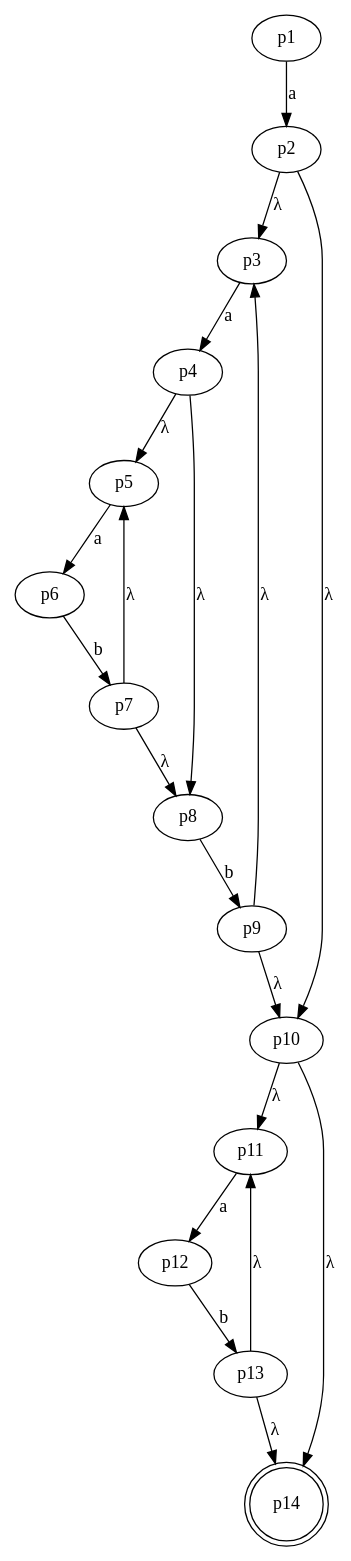
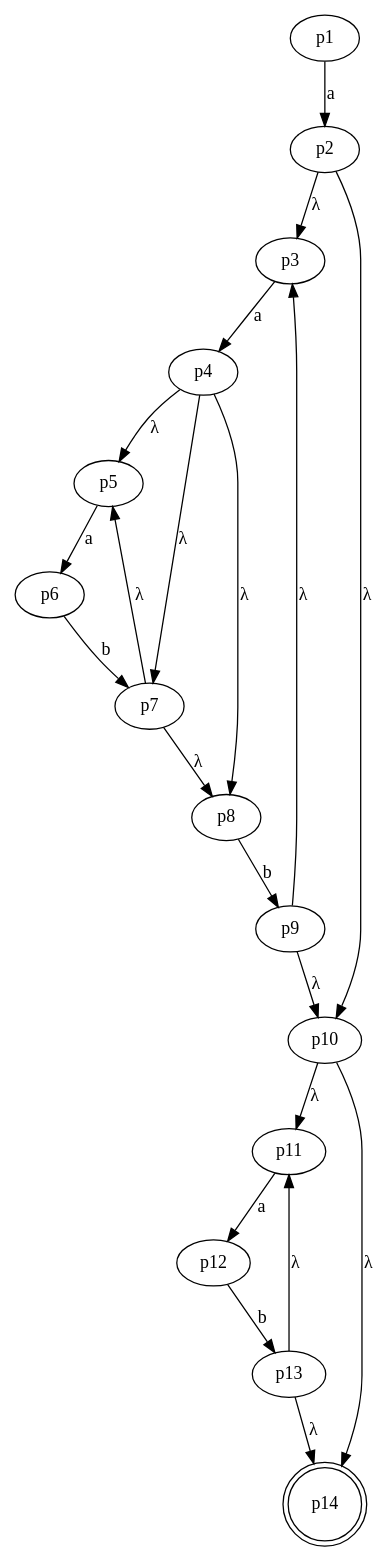
The diagram in Task3/3_2(lambda).gv (NRU-MPEI-IMAI/git-Edmelissa), drawn with Graphviz before and after one commit.

```diff
--- a/Task3/3_2(lambda).gv
+++ b/Task3/3_2(lambda).gv
@@ -1,38 +1,39 @@
 digraph G 
 {
     n1 [label = p1]
     n2 [label = p2]
     n3 [label = p3]
     n4 [label = p4]
     n5 [label = p5]
     n6 [label = p6]
     n7 [label = p7]
     n8 [label = p8]
     n9 [label = p9]
     n10 [label = p10]
     n11 [label = p11]
     n12 [label = p12]
     n13 [label = p13]
     n14 [label = p14, shape = doublecircle]
 
 
     n1 -> n2 [label = "a"]
     n2 -> n3 [label = "λ"]
     n2 -> n10 [label = "λ"]
     n3 -> n4 [label = "a"]
     n4 -> n5 [label = "λ"]
+    n4 -> n7 [label = "λ"]
     n4 -> n8 [label = "λ"]
     n5 -> n6 [label = "a"]
     n6 -> n7 [label = "b"]
     n7 -> n8 [label = "λ"]
     n7 -> n5 [label = "λ"]
     n8 -> n9 [label = "b"]
     n9 -> n10 [label = "λ"]
     n9 -> n3 [label = "λ"]
     n10 -> n11 [label = "λ"]
     n10 -> n14 [label = "λ"]
     n11 -> n12 [label = "a"]
     n12 -> n13 [label = "b"]
     n13 -> n14 [label = "λ"]
     n13 -> n11 [label = "λ"]
 }
```
